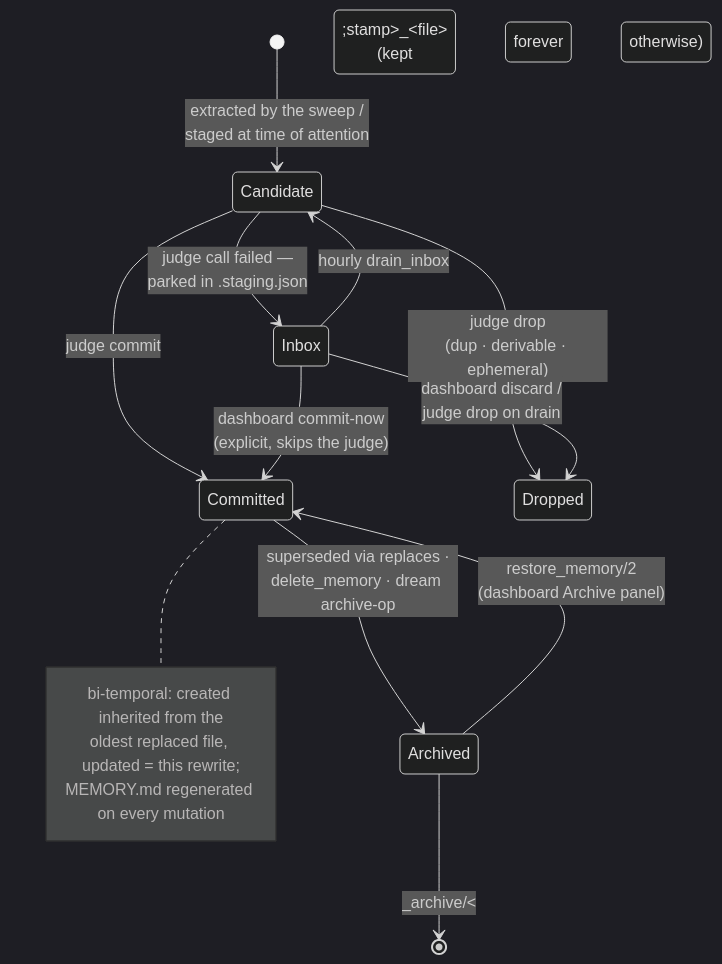
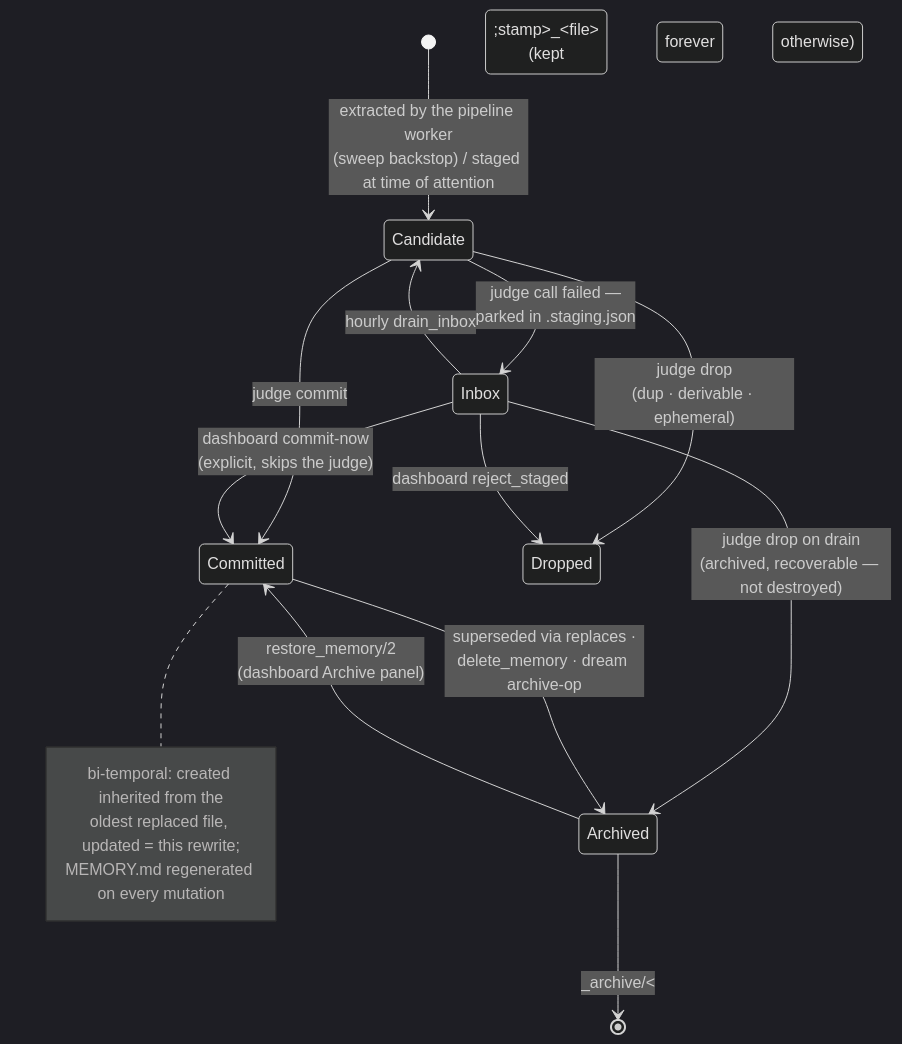
One commit to jgeschwendt/orrery changed the second of 8 diagrams in lib/orrery/memory.md. Above: the diagram before and after it, drawn with Mermaid (dark theme). The commit also changed other lines of this file and 9 other files, not shown here.

````diff
--- a/lib/orrery/memory.md
+++ b/lib/orrery/memory.md
@@ -77,18 +94,19 @@
 ```mermaid
 stateDiagram-v2
-    [*] --> Candidate: extracted by the sweep /<br/>staged at time of attention
+    [*] --> Candidate: extracted by the pipeline worker<br/>(sweep backstop) / staged at time of attention
     Candidate --> Committed: judge commit
     Candidate --> Dropped: judge drop<br/>(dup · derivable · ephemeral)
     Candidate --> Inbox: judge call failed —<br/>parked in .staging.json
     Inbox --> Candidate: hourly drain_inbox
-    Inbox --> Dropped: dashboard discard /<br/>judge drop on drain
+    Inbox --> Dropped: dashboard reject_staged
+    Inbox --> Archived: judge drop on drain<br/>(archived, recoverable — not destroyed)
     Inbox --> Committed: dashboard commit-now<br/>(explicit, skips the judge)
     Committed --> Archived: superseded via replaces ·<br/>delete_memory · dream archive-op
     Archived --> Committed: restore_memory/2<br/>(dashboard Archive panel)
     Archived --> [*]: _archive/&lt;stamp&gt;_&lt;file&gt;<br/>(kept forever otherwise)
     note right of Committed
         bi-temporal: created inherited from the
         oldest replaced file, updated = this rewrite;
         MEMORY.md regenerated on every mutation
     end note
 ```
````
